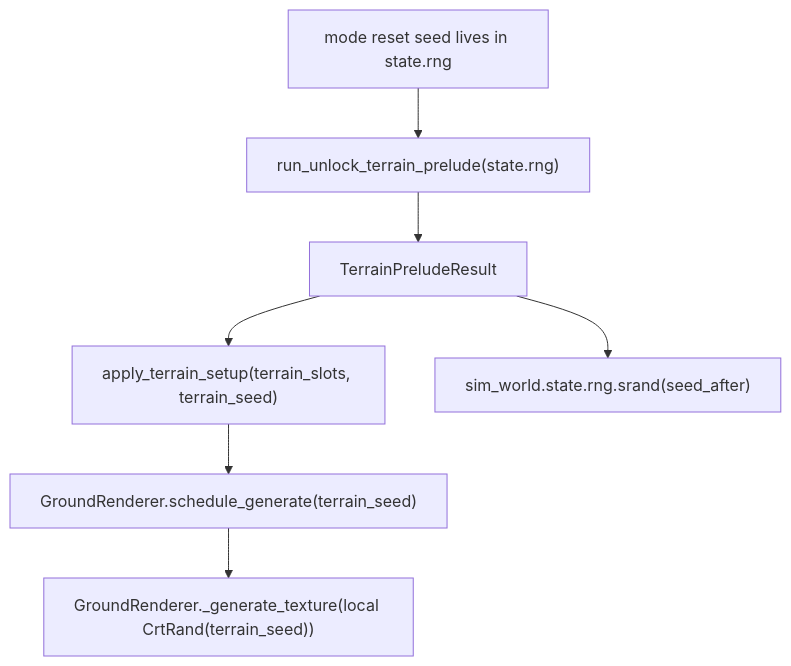
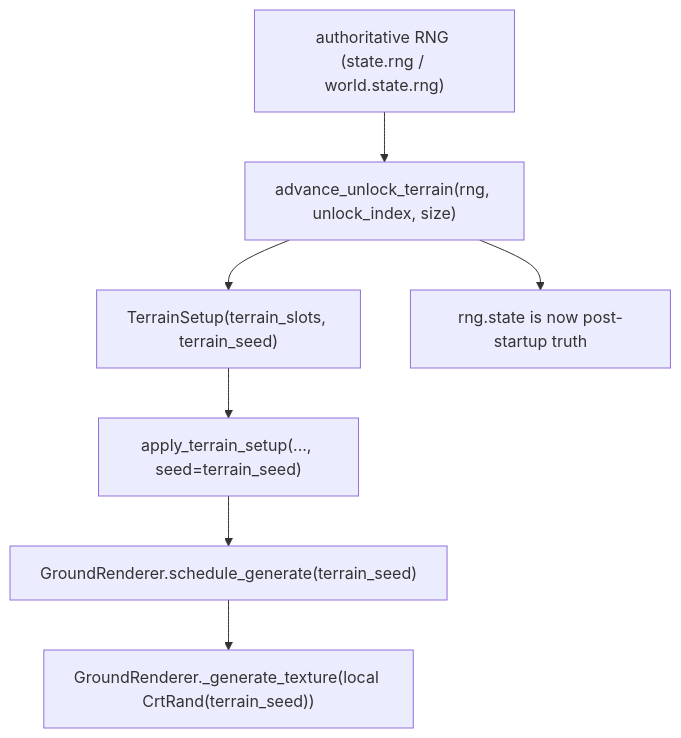
The first of 3 diagrams in docs/rewrite/terrain-seed-architecture.md (banteg/crimson), drawn with Mermaid before and after one commit. The commit also changed other lines of this file and 23 other files, not shown here.

Commit message:
refactor: cut over terrain seed startup boundary

````diff
--- a/docs/rewrite/terrain-seed-architecture.md
+++ b/docs/rewrite/terrain-seed-architecture.md
@@ -118,9 +82,9 @@
 ```mermaid
 flowchart TD
-    A["mode reset seed lives in state.rng"] --> B["run_unlock_terrain_prelude(state.rng)"]
-    B --> C["TerrainPreludeResult"]
-    C --> D["apply_terrain_setup(terrain_slots, terrain_seed)"]
-    C --> E["sim_world.state.rng.srand(seed_after)"]
-    D --> F["GroundRenderer.schedule_generate(terrain_seed)"]
+    A["authoritative RNG (state.rng / world.state.rng)"] --> B["advance_unlock_terrain(rng, unlock_index, size)"]
+    B --> C["TerrainSetup(terrain_slots, terrain_seed)"]
+    B --> D["rng.state is now post-startup truth"]
+    C --> E["apply_terrain_setup(..., seed=terrain_seed)"]
+    E --> F["GroundRenderer.schedule_generate(terrain_seed)"]
     F --> G["GroundRenderer._generate_texture(local CrtRand(terrain_seed))"]
 ```
````
